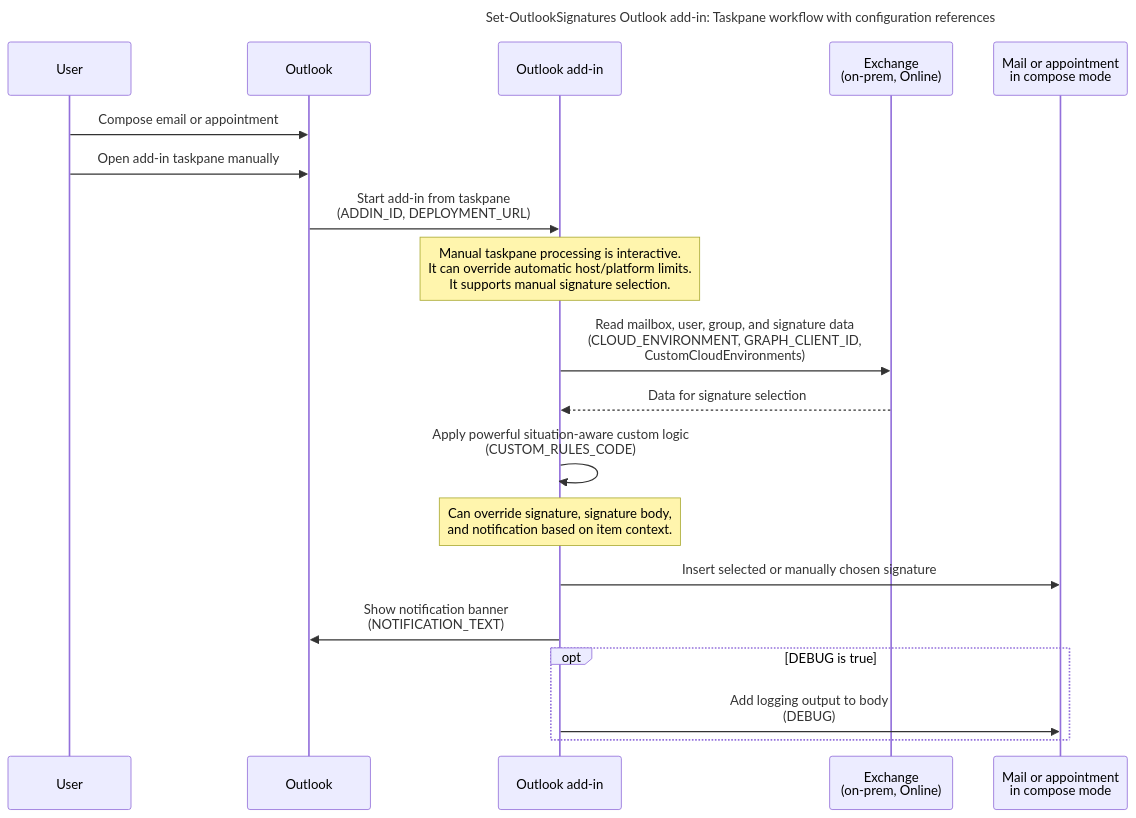
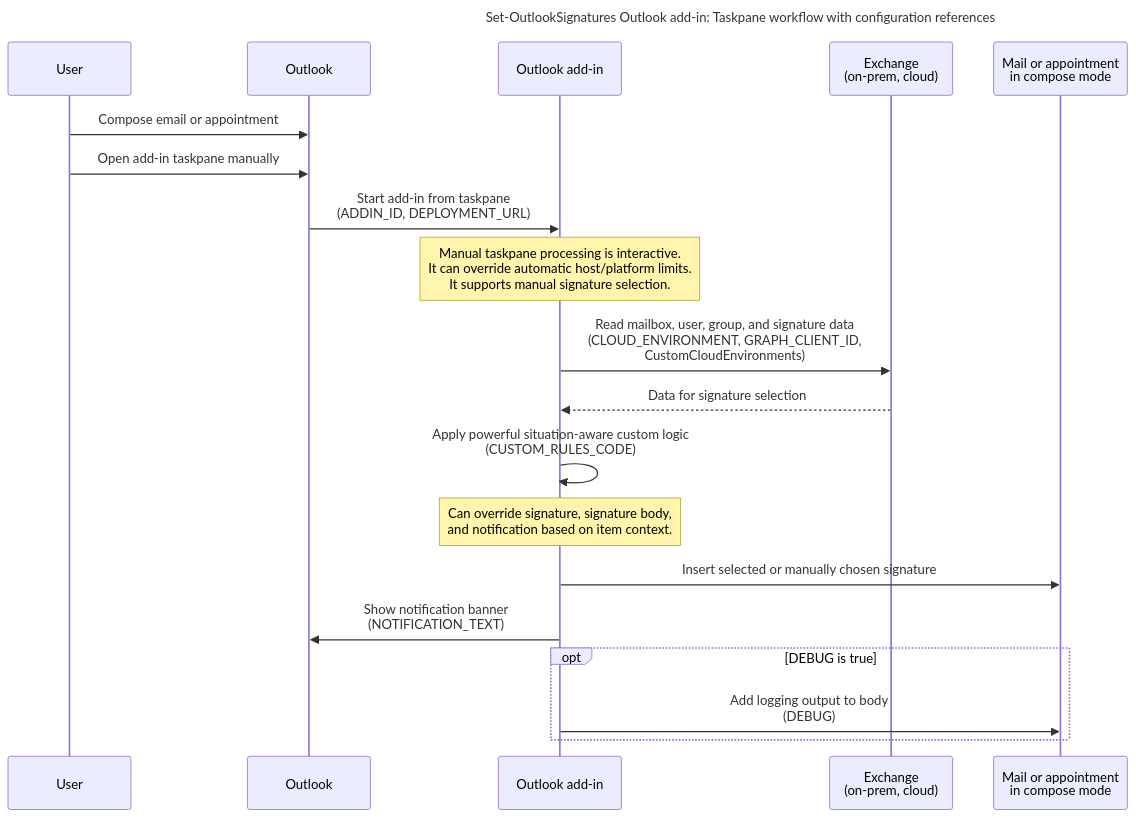
The third of 3 diagrams in outlookaddin.en.md (ExplicITConsulting/set-outlooksignatures.com), drawn with Mermaid before and after one commit. The commit also changed other lines of this file, not shown here.

Commit message:
docs(outlookaddin): Add workflow diagrams with configuration references for launch event and taskpane usage.

````diff
--- a/outlookaddin.en.md
+++ b/outlookaddin.en.md
@@ -380,28 +380,28 @@
 ```mermaid
 ---
 title: "Set-OutlookSignatures Outlook add-in: Taskpane workflow with configuration references"
 ---
 sequenceDiagram
     participant User
     participant Outlook
     participant AddIn as Outlook add-in
-    participant Exchange as Exchange<br>(on-prem, Online)
+    participant Exchange as Exchange<br>(on-prem, cloud)
     participant Item as Mail or appointment<br>in compose mode
 
     User->>Outlook: Compose email or appointment
     User->>Outlook: Open add-in taskpane manually
     Outlook->>AddIn: Start add-in from taskpane<br>(ADDIN_ID, DEPLOYMENT_URL)
 
     Note over AddIn: Manual taskpane processing is interactive.<br>It can override automatic host/platform limits.<br>It supports manual signature selection.
 
     AddIn->>Exchange: Read mailbox, user, group, and signature data<br>(CLOUD_ENVIRONMENT, GRAPH_CLIENT_ID,<br>CustomCloudEnvironments)
     Exchange-->>AddIn: Data for signature selection
     AddIn->>AddIn: Apply powerful situation-aware custom logic<br>(CUSTOM_RULES_CODE)
     Note over AddIn: Can override signature, signature body,<br>and notification based on item context.
     AddIn->>Item: Insert selected or manually chosen signature
     AddIn->>Outlook: Show notification banner<br>(NOTIFICATION_TEXT)
 
     opt DEBUG is true
         AddIn->>Item: Add logging output to body<br>(DEBUG)
     end
 ```
````
